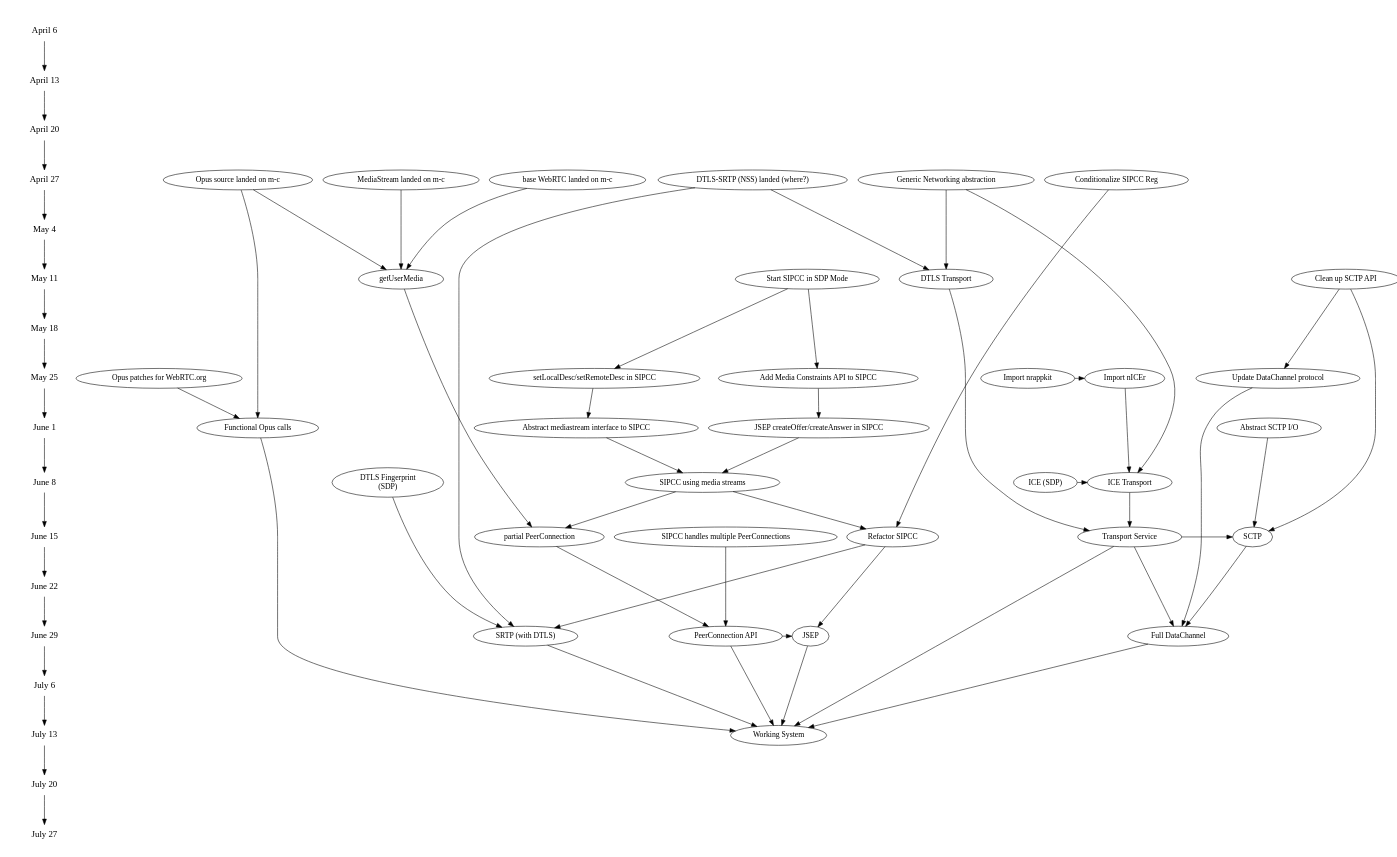
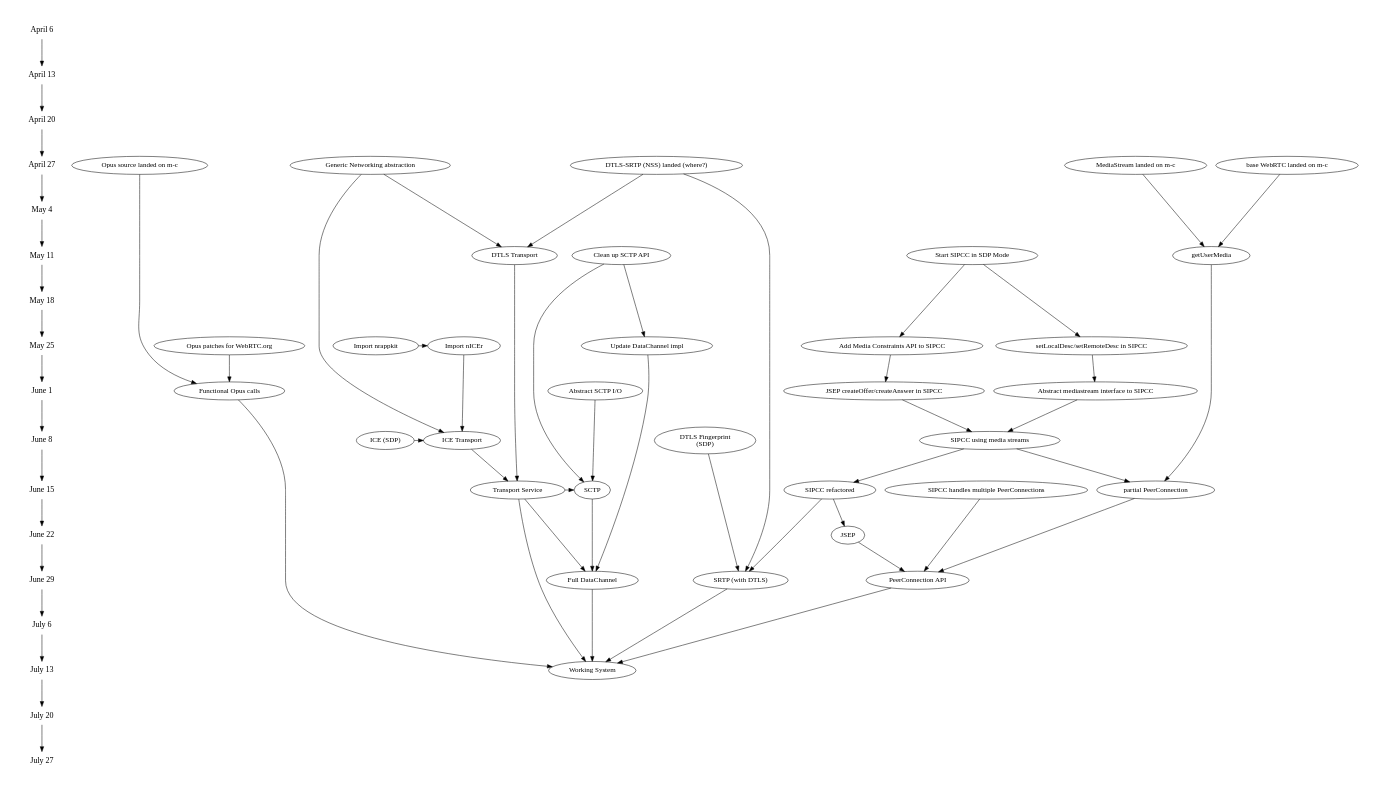
Before and after one commit to mozilla/webrtc: the diagram in planning/webrtc.dot, drawn with Graphviz. The commit also changed 1 other file, not shown here.

Commit message:
remove a few links, remove sipcc no register, move jsep to feed into peerconnection

```diff
--- a/planning/webrtc.dot
+++ b/planning/webrtc.dot
@@ -1,109 +1,108 @@
 digraph G {
 ranksep=.75; size = "7.5,7.5";
 {
 node [shape=plaintext, fontsize=16]; /* the time-line graph */ 
      "April 6" -> "April 13"-> "April 20"-> "April 27"-> "May 4"-> "May 11"-> "May 18"-> "May 25"-> "June 1"-> "June 8"-> "June 15"-> "June 22"-> "June 29"-> "July 6"-> "July 13"-> "July 20"-> "July 27"
 }
 
 	{rank = same; "April 27";
 	   webrtc [label = "base WebRTC landed on m-c"];
 	   mediastream [label = "MediaStream landed on m-c"];
 	   genericio [label = "Generic Networking abstraction"]
 	   dtlssrtp [label = "DTLS-SRTP (NSS) landed (where?)"]
-	   sipccnoreg [ label = "Conditionalize SIPCC Reg"]
 	   opussrc [label = "Opus source landed on m-c"]
         }
 
 	{rank = same; "May 11";
 	   getusermedia [label = "getUserMedia"]
 	   dtlstransport [label = "DTLS Transport" ];
 	   sctpupdate [label = "Clean up SCTP API"];
 	   sipccsdp [ label = "Start SIPCC in SDP Mode"];
 	}
 	dtlssrtp -> dtlstransport
 	genericio -> dtlstransport
-	opussrc -> getusermedia
 	
 	{rank = same; "May 25";
 	   nicer [label = "Import nICEr"];
 	   nrappkit [label = "Import nrappkit"];
 	   sipccsetdesc [ label = "setLocalDesc/setRemoteDesc in SIPCC"];
-	   datachannelupdate [label = "Update DataChannel protocol"];
+	   datachannelupdate [label = "Update DataChannel impl"];
 	   opuswebrtc [label = "Opus patches for WebRTC.org"];
            sipccmediaconstraints [ label = "Add Media Constraints API to SIPCC"];
         }	   	   
 	nrappkit -> nicer
         sipccsdp -> sipccmediaconstraints
         sipccsdp -> sipccsetdesc
 
 	{rank = same; "June 1";
 	   sctpio [ label = "Abstract SCTP I/O"]
 	   opus [ label = "Functional Opus calls"];
            sipccsetmediainterface [label ="Abstract mediastream interface to SIPCC"];
            sipccjsep [ label = "JSEP createOffer/createAnswer in SIPCC"];
         }
 	getusermedia -> peerconnection_first
 	opussrc -> opus
 	opuswebrtc -> opus
         sipccmediaconstraints -> sipccjsep
         sipccsetdesc -> sipccsetmediainterface
 
 	{rank = same; "June 8";
 	   icetransport [ label = "ICE Transport"];
 	   dtlsfingerprint [ label = "DTLS Fingerprint\n(SDP)"];
 	   iceparams [label = "ICE (SDP)"];
            sipccusemediastreams [label = "SIPCC using media streams"];
 	}
 
 	nicer -> icetransport
         sipccjsep -> sipccusemediastreams
         sipccsetmediainterface -> sipccusemediastreams
 	genericio -> icetransport
 	iceparams -> icetransport
 
 	{rank = same; "June 15";
 	   transport [label = "Transport Service"];
 	   sctp [label = "SCTP"];
-	   sipccrefactor [label = "Refactor SIPCC"];
+	   sipccrefactor [label = "SIPCC refactored"];
            sipccmultipeerconn [label = "SIPCC handles multiple PeerConnections"]
 	   peerconnection_first [label = "partial PeerConnection"];
 	 } 
-	 sipccnoreg -> sipccrefactor
 	 sipccusemediastreams -> sipccrefactor
 	 sipccrefactor -> "JSEP"
 	 dtlstransport -> transport
 	 icetransport -> transport
 	 sipccusemediastreams -> peerconnection_first
 
+        {rank = same; "June 22"; 
+	   JSEP; }
+
         {rank = same; "June 29"; 
-	   peerconnection [label = "PeerConnection API"]; JSEP;
+	   peerconnection [label = "PeerConnection API"];
 	   datachannel [label = "Full DataChannel"];
 	   srtp [label = "SRTP (with DTLS)"] }
         dtlsfingerprint -> srtp
 	dtlssrtp -> srtp
 	sipccrefactor -> srtp
         sipccmultipeerconn -> peerconnection
 
         {rank = same; "July 13"; 
 	   working [ label = "Working System" ] }
 	
         mediastream->getusermedia
 	webrtc->getusermedia
 	
 	transport -> working
 	transport -> datachannel
 	peerconnection_first -> peerconnection
 	peerconnection -> working
-	peerconnection -> "JSEP"
-	"JSEP" -> working
+	"JSEP" -> peerconnection
 	sctpio-> sctp
 	sctpupdate -> sctp
 	sctpupdate -> datachannelupdate
 	datachannelupdate -> datachannel
 	sctp -> datachannel
 	transport ->sctp
 	datachannel -> working
 	srtp -> working
 
 	opus -> working
 }
```
